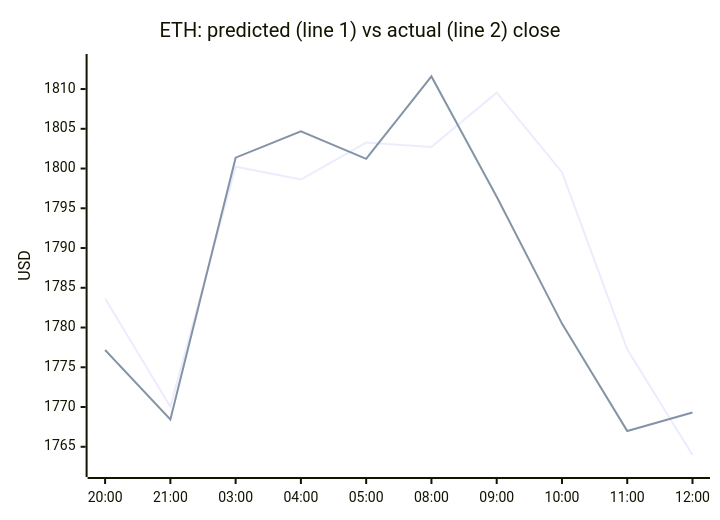
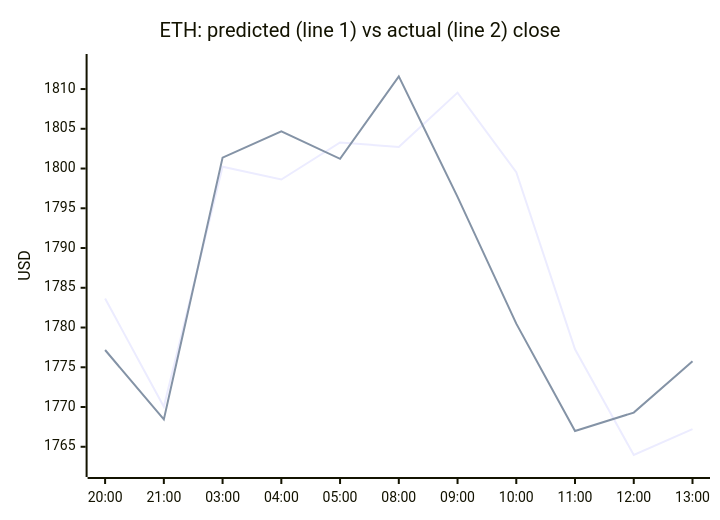
One commit to samuelkreitl-wq/crypto-hourly-forecaster changed the second of 4 diagrams in README.md. Above: the diagram before and after it, drawn with Mermaid. The commit also changed other lines of this file and 14 other files, not shown here.

````diff
--- a/README.md
+++ b/README.md
@@ -47,8 +47,8 @@
 ```mermaid
 xychart-beta
     title "ETH: predicted (line 1) vs actual (line 2) close"
-    x-axis ["20:00", "21:00", "03:00", "04:00", "05:00", "08:00", "09:00", "10:00", "11:00", "12:00"]
+    x-axis ["20:00", "21:00", "03:00", "04:00", "05:00", "08:00", "09:00", "10:00", "11:00", "12:00", "13:00"]
     y-axis "USD" 1762.2030 --> 1813.4016
-    line [1783.6536, 1770.0216, 1800.2369, 1798.6210, 1803.2721, 1802.7104, 1809.5477, 1799.5438, 1777.2612, 1763.9669]
-    line [1777.1700, 1768.4400, 1801.3700, 1804.6700, 1801.2200, 1811.5900, 1796.4400, 1780.4900, 1766.9800, 1769.3000]
+    line [1783.6536, 1770.0216, 1800.2369, 1798.6210, 1803.2721, 1802.7104, 1809.5477, 1799.5438, 1777.2612, 1763.9669, 1767.2241]
+    line [1777.1700, 1768.4400, 1801.3700, 1804.6700, 1801.2200, 1811.5900, 1796.4400, 1780.4900, 1766.9800, 1769.3000, 1775.7500]
 ```
````
